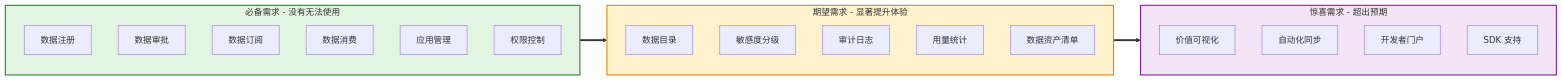
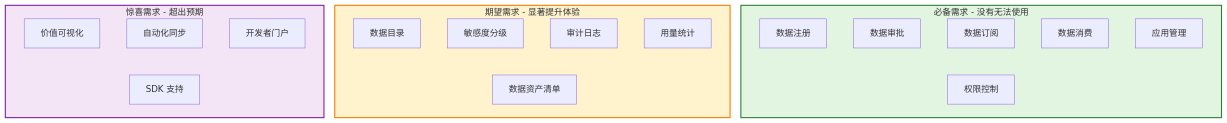
Before and after one commit to THZSummer/Product: the sixth of 10 diagrams in open-app/.specs/feature-session-001/discovery-report.md, drawn with Mermaid.

Commit message:
design: 参考 1.1 图结构优化 4.1 需求分层图表
- 使用 graph TB 布局
- subgraph 内节点垂直排列
- 底部使用&语法连接节点到 subgraph
- 移除 subgraph 之间的箭头连接
- 保持颜色区分（绿色、黄色、紫色）

````diff
--- a/open-app/.specs/feature-session-001/discovery-report.md
+++ b/open-app/.specs/feature-session-001/discovery-report.md
@@ -210,32 +210,34 @@
 ```mermaid
-graph LR
+graph TB
     subgraph Must_Have[必备需求 - 没有无法使用]
         M1[数据注册]
         M2[数据审批]
         M3[数据订阅]
         M4[数据消费]
         M5[应用管理]
         M6[权限控制]
     end
     
     subgraph Should_Have[期望需求 - 显著提升体验]
         S1[数据目录]
         S2[敏感度分级]
         S3[审计日志]
         S4[用量统计]
         S5[数据资产清单]
     end
     
     subgraph Could_Have[惊喜需求 - 超出预期]
         C1[价值可视化]
         C2[自动化同步]
         C3[开发者门户]
         C4[SDK 支持]
     end
     
-    Must_Have ==> Should_Have ==> Could_Have
+    M1 & M2 & M3 & M4 & M5 & M6 -.- Must_Have
+    S1 & S2 & S3 & S4 & S5 -.- Should_Have
+    C1 & C2 & C3 & C4 -.- Could_Have
     
     style Must_Have fill:#e1f5e1,stroke:#2e7d32,stroke-width:2px
     style Should_Have fill:#fff3cd,stroke:#f57c00,stroke-width:2px
     style Could_Have fill:#f3e5f5,stroke:#7b1fa2,stroke-width:2px
 ```
````
